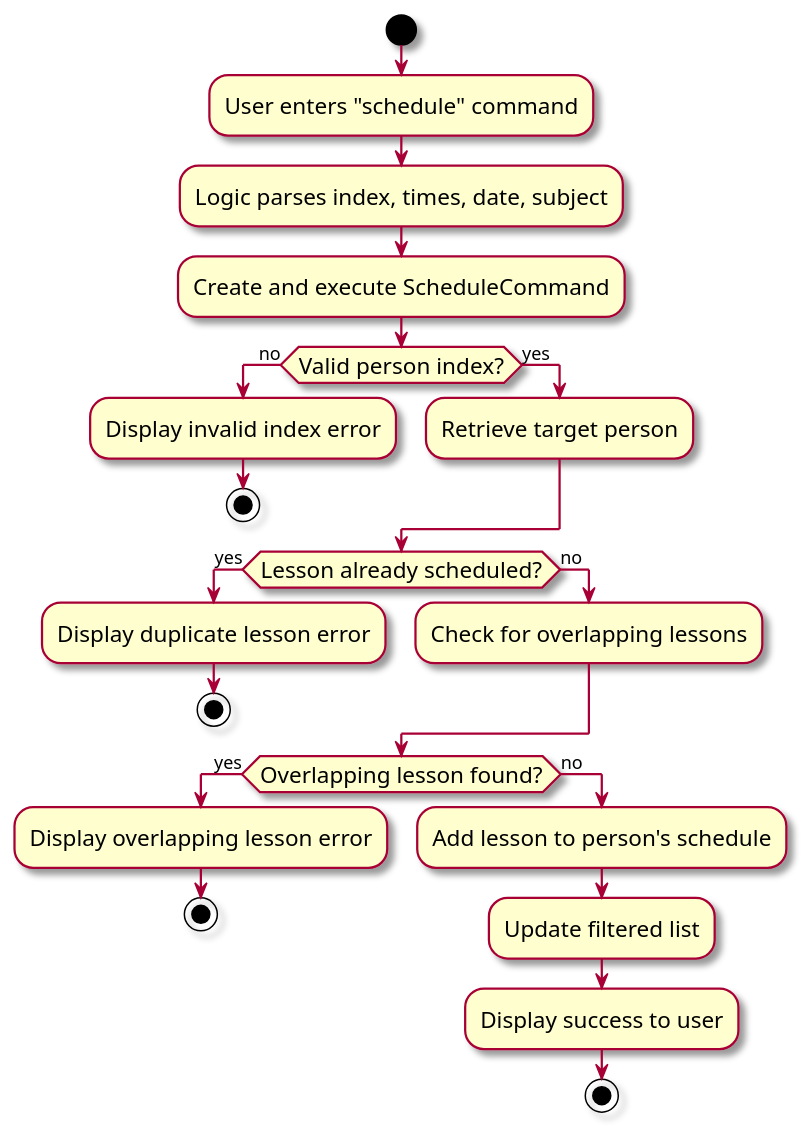
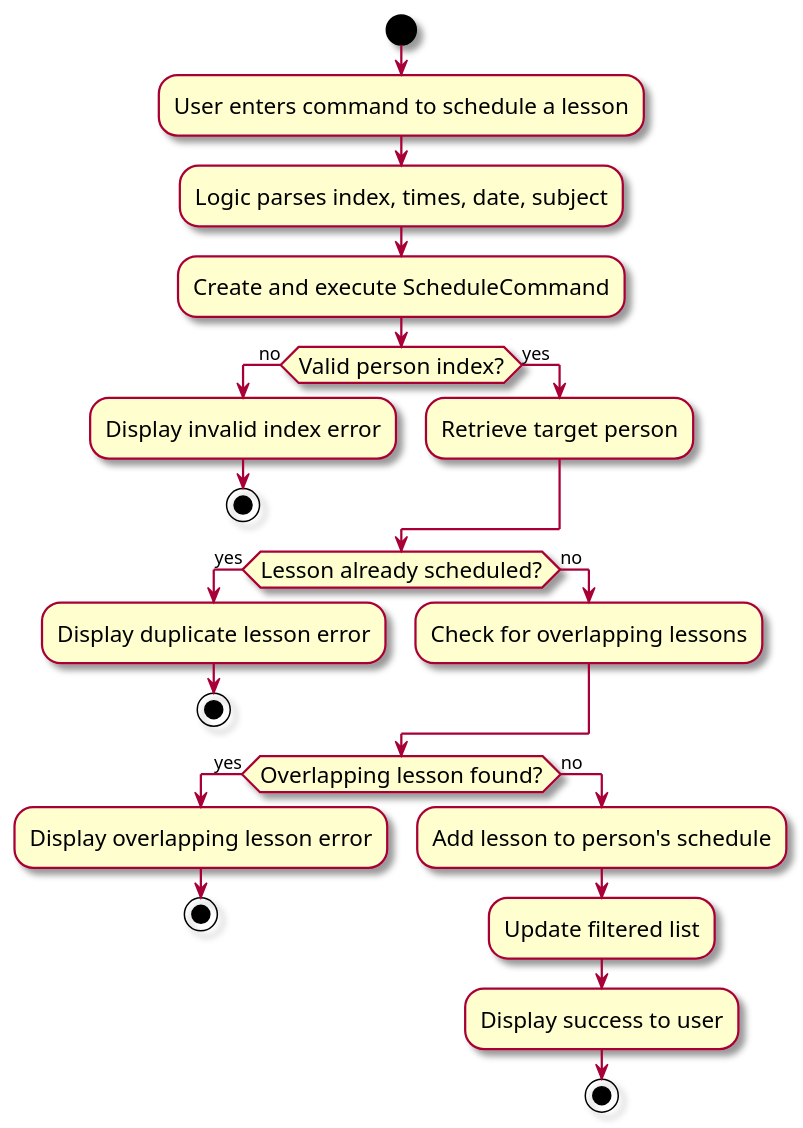
The diagram in docs/diagrams/ScheduleCommandActivityDiagram.puml (tonyvict/tp), drawn with PlantUML before and after one commit. The commit also changed 14 other files, not shown here.

Commit message:
Update diagrams

```diff
--- a/docs/diagrams/ScheduleCommandActivityDiagram.puml
+++ b/docs/diagrams/ScheduleCommandActivityDiagram.puml
@@ -1,30 +1,30 @@
 @startuml
 skin rose
 skinparam ActivityFontSize 15
 skinparam ArrowFontSize 12
 start
-:User enters "schedule" command;
+:User enters command to schedule a lesson;
 :Logic parses index, times, date, subject;
 :Create and execute ScheduleCommand;
 if (Valid person index?) then (no)
   :Display invalid index error;
   stop
 else (yes)
   :Retrieve target person;
 endif
 if (Lesson already scheduled?) then (yes)
   :Display duplicate lesson error;
   stop
 else (no)
   :Check for overlapping lessons;
 endif
 if (Overlapping lesson found?) then (yes)
   :Display overlapping lesson error;
   stop
 else (no)
   :Add lesson to person's schedule;
   :Update filtered list;
   :Display success to user;
   stop
 endif
 @enduml
```
